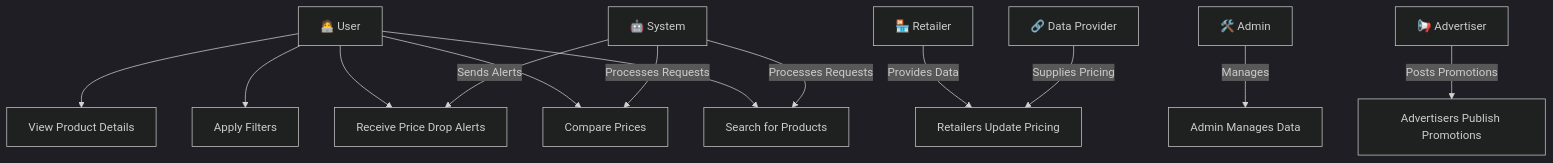
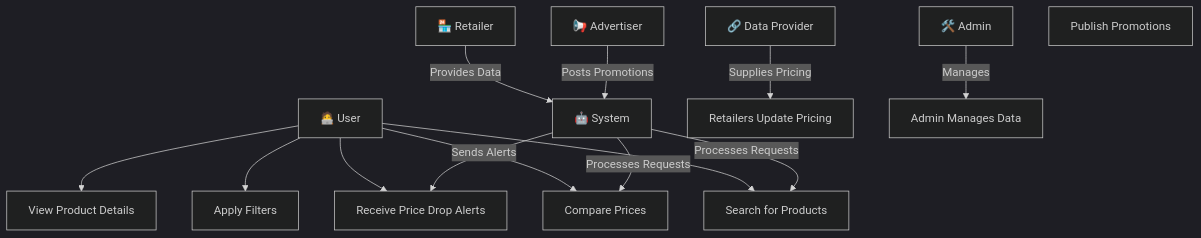
Before and after one commit to denzil-daniels-204525918/Price-aggregator-comparison-app: the diagram in Use Case Diagrams.md, drawn with Mermaid (dark theme).

Commit message:
Update Use Case Diagrams.md

````diff
--- a/Use Case Diagrams.md
+++ b/Use Case Diagrams.md
@@ -3,36 +3,36 @@
 ```mermaid
 graph TD;
   %% Define Actors
   User["🧑‍💻 User"] 
   Retailer["🏪 Retailer"]
   Admin["🛠️ Admin"]
   DataProvider["🔗 Data Provider"]
   Advertiser["📢 Advertiser"]
   System["🤖 System"]
 
   %% Define Use Cases
   A["Search for Products"]
   B["Compare Prices"]
   C["Apply Filters"]
   D["View Product Details"]
   E["Receive Price Drop Alerts"]
   F["Retailers Update Pricing"]
   G["Admin Manages Data"]
-  H["Advertisers Publish Promotions"]
+  H["Publish Promotions"]
   
   %% Relationships
   User --> A
   User --> B
   User --> C
   User --> D
   User --> E
 
-  Retailer -->|Provides Data| F
+  Retailer -->|Provides Data| System
   Admin -->|Manages| G
   DataProvider -->|Supplies Pricing| F
-  Advertiser -->|Posts Promotions| H
+  Advertiser -->|Posts Promotions| System
 
   System -->|Processes Requests| A
   System -->|Processes Requests| B
   System -->|Sends Alerts| E
 ```
````
